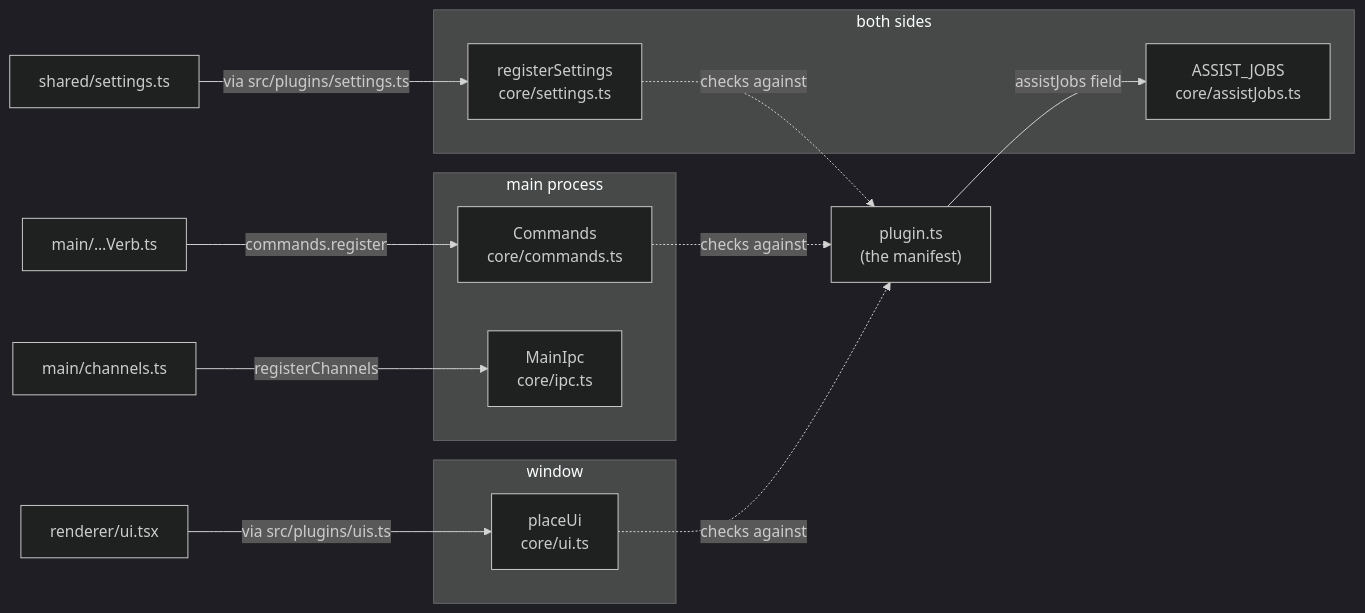
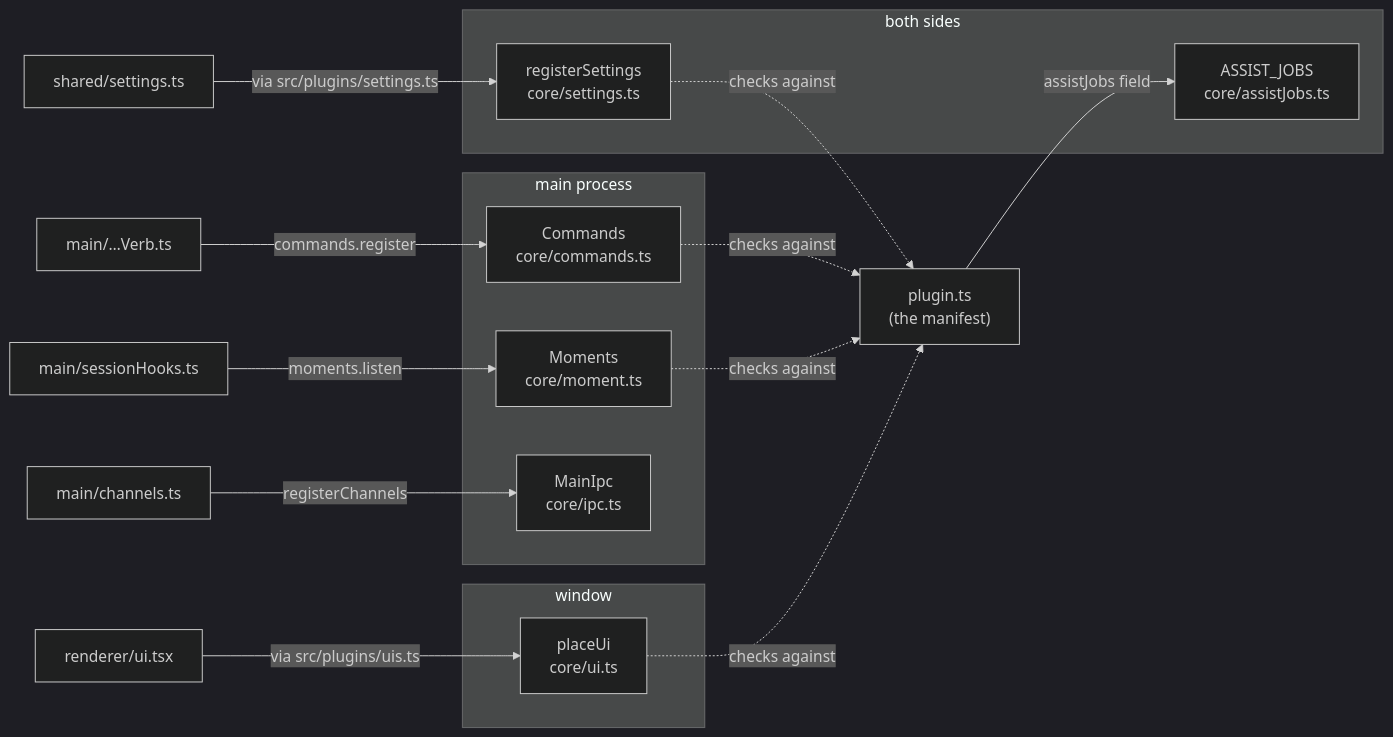
Before and after one commit to superkoh/koloft: the second of 2 diagrams in docs/plugin-format.md, drawn with Mermaid (dark theme). The commit also changed other lines of this file and 1 other file, not shown here.

````diff
--- a/docs/plugin-format.md
+++ b/docs/plugin-format.md
@@ -262,23 +287,26 @@
 ```mermaid
 flowchart LR
   manifest["plugin.ts<br/>(the manifest)"]
   subgraph main["main process"]
     commands["Commands<br/>core/commands.ts"]
+    moments["Moments<br/>core/moment.ts"]
     ipcMain["MainIpc<br/>core/ipc.ts"]
   end
   subgraph shared["both sides"]
     settingsReg["registerSettings<br/>core/settings.ts"]
     jobs["ASSIST_JOBS<br/>core/assistJobs.ts"]
   end
   subgraph win["window"]
     placeUi["placeUi<br/>core/ui.ts"]
   end
   verb["main/…Verb.ts"] -->|commands.register| commands
+  hooks["main/sessionHooks.ts"] -->|moments.listen| moments
   channels["main/channels.ts"] -->|registerChannels| ipcMain
   setfile["shared/settings.ts"] -->|via src/plugins/settings.ts| settingsReg
   uifile["renderer/ui.tsx"] -->|via src/plugins/uis.ts| placeUi
   manifest -->|assistJobs field| jobs
   commands -. checks against .-> manifest
+  moments -. checks against .-> manifest
   settingsReg -. checks against .-> manifest
   placeUi -. checks against .-> manifest
 ```
````
